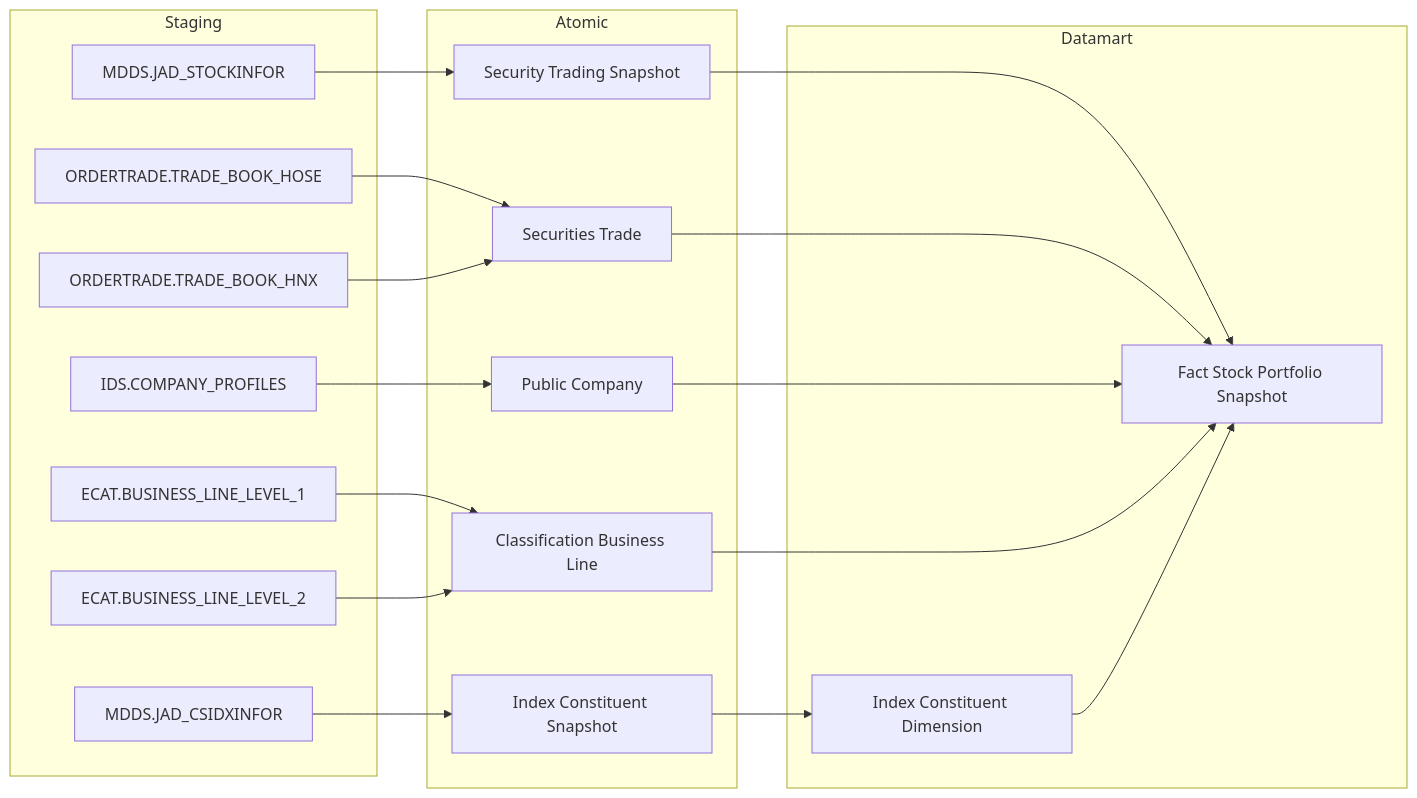
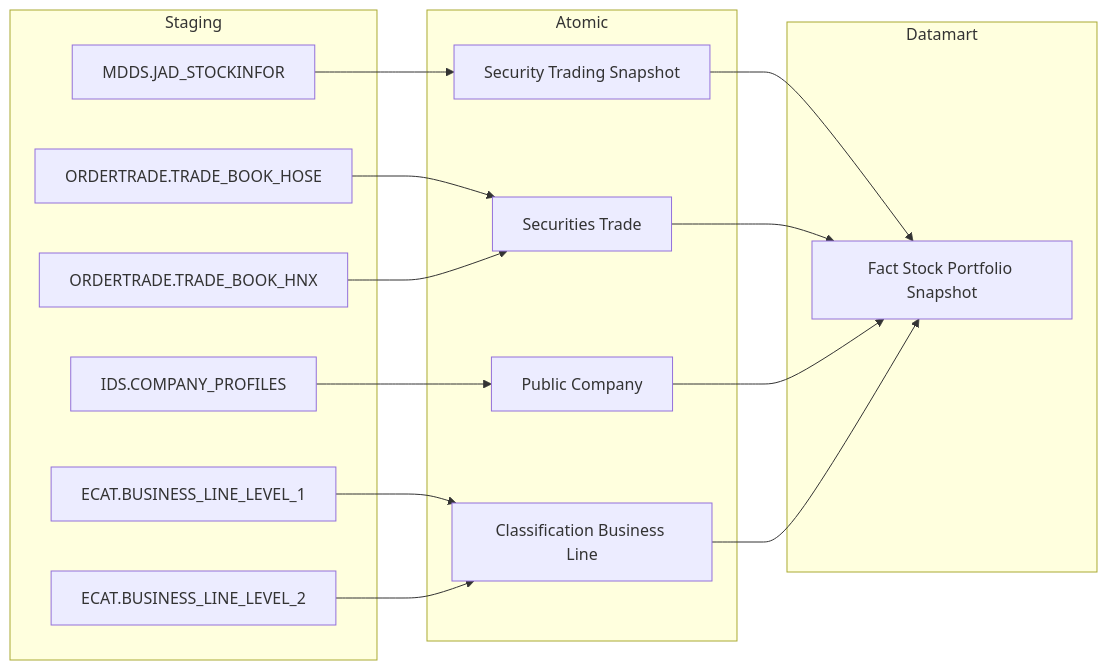
One commit to linhlvit/ubck_atomic_design changed the first of 46 diagrams in Datamart/hld/DTM_GSTT_HLD.md. Above: the diagram before and after it, drawn with Mermaid. The commit also changed other lines of this file and 13 other files, not shown here.

Commit message:
feat(datamart): cap nhat thiet ke GSTT & GSDC - them fct_index_constituent_snpst, flat tables va detail mapping

````diff
--- a/Datamart/hld/DTM_GSTT_HLD.md
+++ b/Datamart/hld/DTM_GSTT_HLD.md
@@ -31,36 +34,30 @@
 ```mermaid
 flowchart LR
     subgraph SRC["Staging"]
         S1A["MDDS.JAD_STOCKINFOR"]
         S1C["ORDERTRADE.TRADE_BOOK_HOSE"]
         S1D["ORDERTRADE.TRADE_BOOK_HNX"]
         S1E["IDS.COMPANY_PROFILES"]
         S1F["ECAT.BUSINESS_LINE_LEVEL_1"]
         S1G["ECAT.BUSINESS_LINE_LEVEL_2"]
-        S1H["MDDS.JAD_CSIDXINFOR"]
     end
     subgraph SIL["Atomic"]
         A1A["Security Trading Snapshot"]
         A1C["Securities Trade"]
         A1D["Public Company"]
         A1E["Classification Business Line"]
-        A1H["Index Constituent Snapshot"]
     end
     subgraph GOLD["Datamart"]
         fct_stock_portfolio_snpst["Fact Stock Portfolio Snapshot"]
-        index_constituent_dim["Index Constituent Dimension"]
     end
     S1A --> A1A
     S1C --> A1C
     S1D --> A1C
     S1E --> A1D
     S1F --> A1E
     S1G --> A1E
-    S1H --> A1H
     A1A --> fct_stock_portfolio_snpst
     A1C --> fct_stock_portfolio_snpst
     A1D --> fct_stock_portfolio_snpst
     A1E --> fct_stock_portfolio_snpst
-    A1H --> index_constituent_dim
-    index_constituent_dim --> fct_stock_portfolio_snpst
 ```
````
